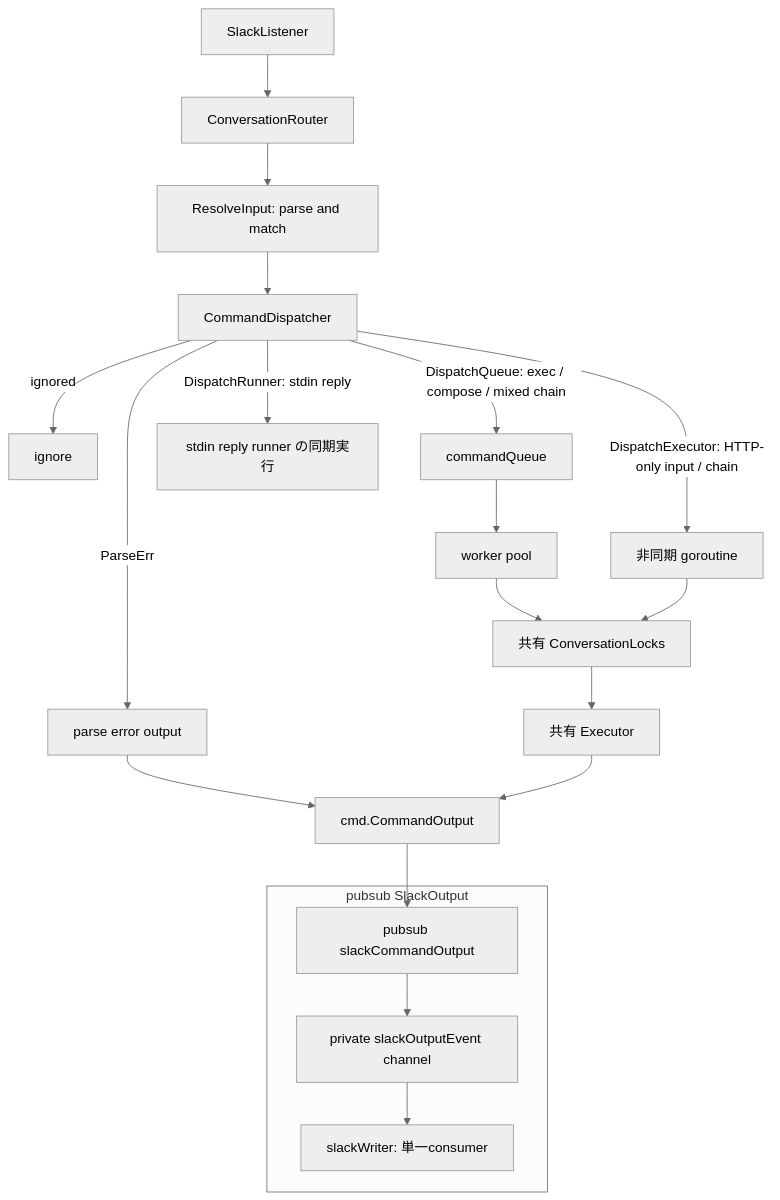
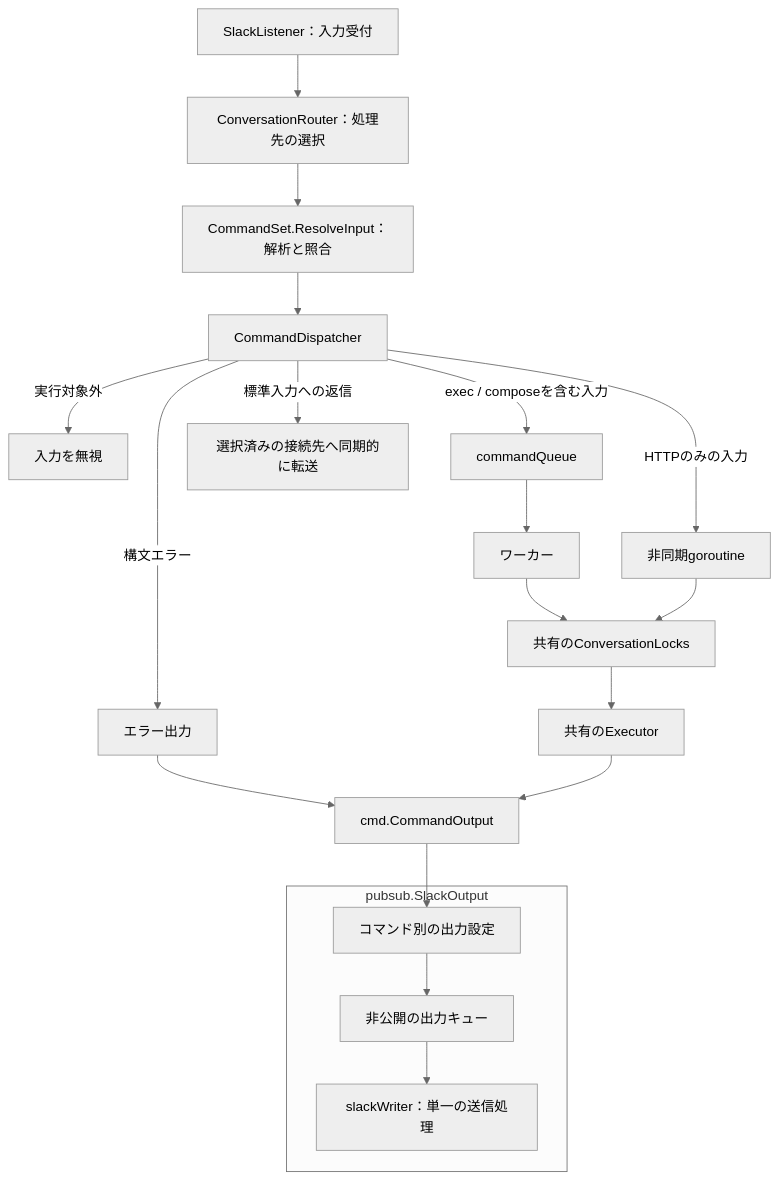
The diagram in docs/internal.md (hnw/slack-commander), drawn with Mermaid (neutral theme) before and after one commit. The commit also changed other lines of this file and 4 other files, not shown here.

````diff
--- a/docs/internal.md
+++ b/docs/internal.md
@@ -5,22 +29,22 @@
 ```mermaid
 flowchart TD
-    listener[SlackListener] --> router[ConversationRouter]
-    router --> resolve[ResolveInput: parse and match]
-    resolve --> dispatcher[CommandDispatcher]
-    dispatcher -->|ParseErr| parseOutput[parse error output]
-    parseOutput --> commandOutput[cmd.CommandOutput]
-    dispatcher -->|ignored| ignored[ignore]
-    dispatcher -->|DispatchQueue: exec / compose / mixed chain| queue[commandQueue]
-    queue --> workers[worker pool]
-    workers --> locks[共有 ConversationLocks]
-    dispatcher -->|DispatchExecutor: HTTP-only input / chain| async[非同期 goroutine]
+    listener["SlackListener：入力受付"] --> router["ConversationRouter：処理先の選択"]
+    router --> resolve["CommandSet.ResolveInput：解析と照合"]
+    resolve --> dispatcher["CommandDispatcher"]
+    dispatcher -->|構文エラー| parseOutput["エラー出力"]
+    parseOutput --> commandOutput["cmd.CommandOutput"]
+    dispatcher -->|実行対象外| ignored["入力を無視"]
+    dispatcher -->|exec / composeを含む入力| queue["commandQueue"]
+    queue --> workers["ワーカー"]
+    workers --> locks["共有のConversationLocks"]
+    dispatcher -->|HTTPのみの入力| async["非同期goroutine"]
     async --> locks
-    locks --> executor[共有 Executor]
-    dispatcher -->|DispatchRunner: stdin reply| direct[stdin reply runner の同期実行]
+    locks --> executor["共有のExecutor"]
+    dispatcher -->|標準入力への返信| direct["選択済みの接続先へ同期的に転送"]
     executor --> commandOutput
-    commandOutput --> slackCommandOutput[pubsub slackCommandOutput]
-    subgraph pipeline[pubsub SlackOutput]
-        slackCommandOutput --> output[private slackOutputEvent channel]
-        output --> writer[slackWriter: 単一consumer]
+    commandOutput --> slackCommandOutput["コマンド別の出力設定"]
+    subgraph pipeline["pubsub.SlackOutput"]
+        slackCommandOutput --> output["非公開の出力キュー"]
+        output --> writer["slackWriter：単一の送信処理"]
     end
 ```
````
